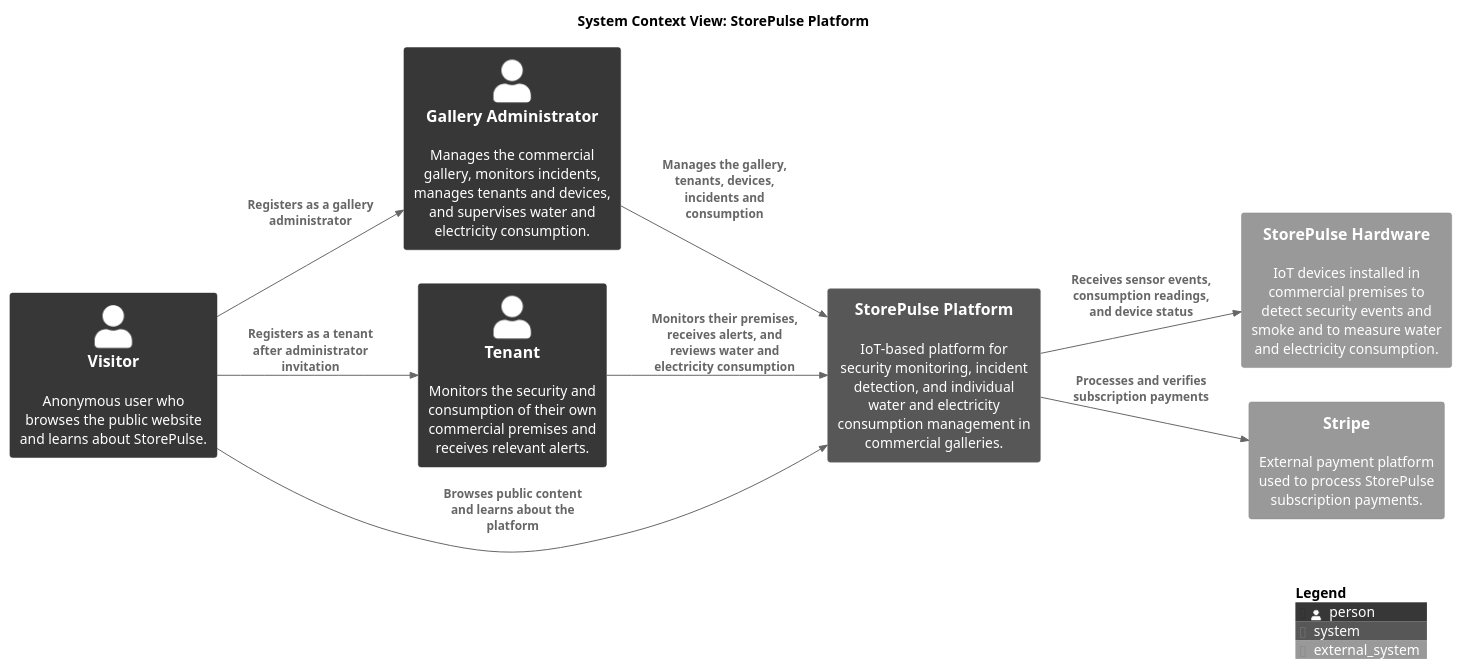
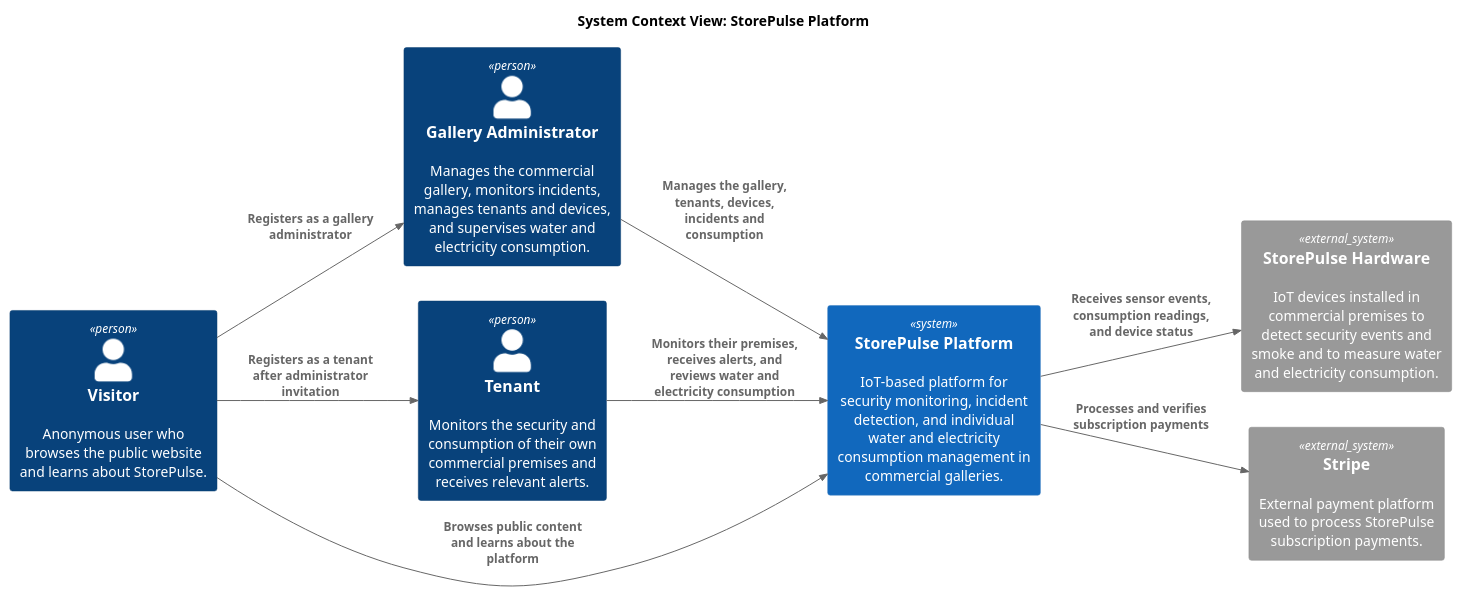
Before and after one commit to VanguardTechIot/storepulse-report: the diagram in assets/architecture/storepulse-system-context.puml, drawn with PlantUML.

Commit message:
refactor(assets): delete storepulse system context styling approximations.

```diff
--- a/assets/architecture/storepulse-system-context.puml
+++ b/assets/architecture/storepulse-system-context.puml
@@ -1,33 +1,26 @@
 @startuml storepulse-system-context
 !include https://raw.githubusercontent.com/plantuml-stdlib/C4-PlantUML/master/C4_Context.puml
-' Styling approximations for Structurizr look
-skinparam monochrome true
-skinparam shadowing false
-skinparam defaultFontName Arial
 
-' System Context Diagram
 title System Context View: StorePulse Platform
 
 LAYOUT_LEFT_RIGHT()
 
 Person(visitor, "Visitor", "Anonymous user who browses the public website and learns about StorePulse.")
 Person(galleryAdmin, "Gallery Administrator", "Manages the commercial gallery, monitors incidents, manages tenants and devices, and supervises water and electricity consumption.")
 Person(tenant, "Tenant", "Monitors the security and consumption of their own commercial premises and receives relevant alerts.")
 
 System(platform, "StorePulse Platform", "IoT-based platform for security monitoring, incident detection, and individual water and electricity consumption management in commercial galleries.")
 System_Ext(hardware, "StorePulse Hardware", "IoT devices installed in commercial premises to detect security events and smoke and to measure water and electricity consumption.")
 System_Ext(stripe, "Stripe", "External payment platform used to process StorePulse subscription payments.")
 
 Rel(visitor, platform, "Browses public content and learns about the platform")
 Rel(visitor, tenant, "Registers as a tenant after administrator invitation")
 Rel(visitor, galleryAdmin, "Registers as a gallery administrator")
 
 Rel(galleryAdmin, platform, "Manages the gallery, tenants, devices, incidents and consumption")
 
 Rel(tenant, platform, "Monitors their premises, receives alerts, and reviews water and electricity consumption")
 
 Rel(platform, hardware, "Receives sensor events, consumption readings, and device status")
 Rel(platform, stripe, "Processes and verifies subscription payments")
-
-SHOW_LEGEND()
 @enduml
```
